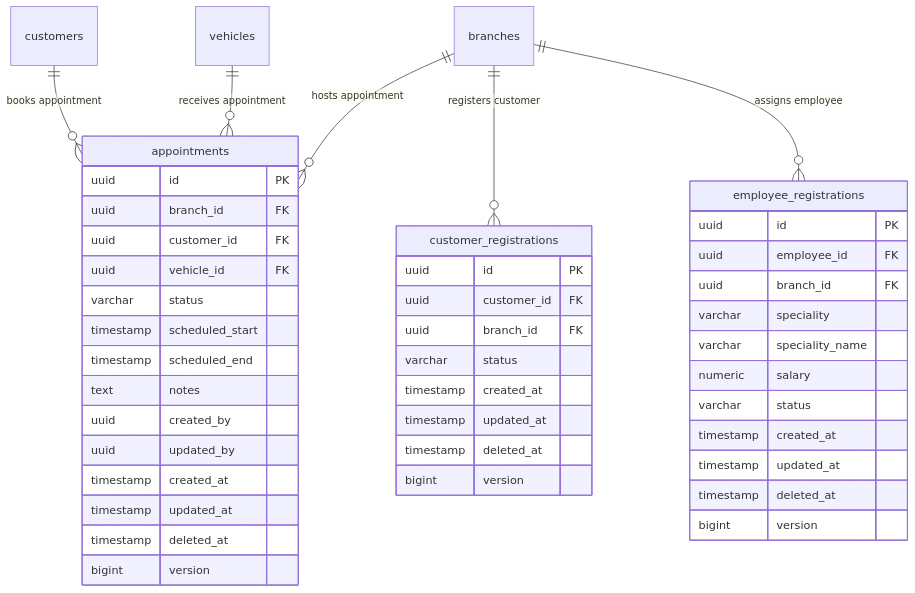
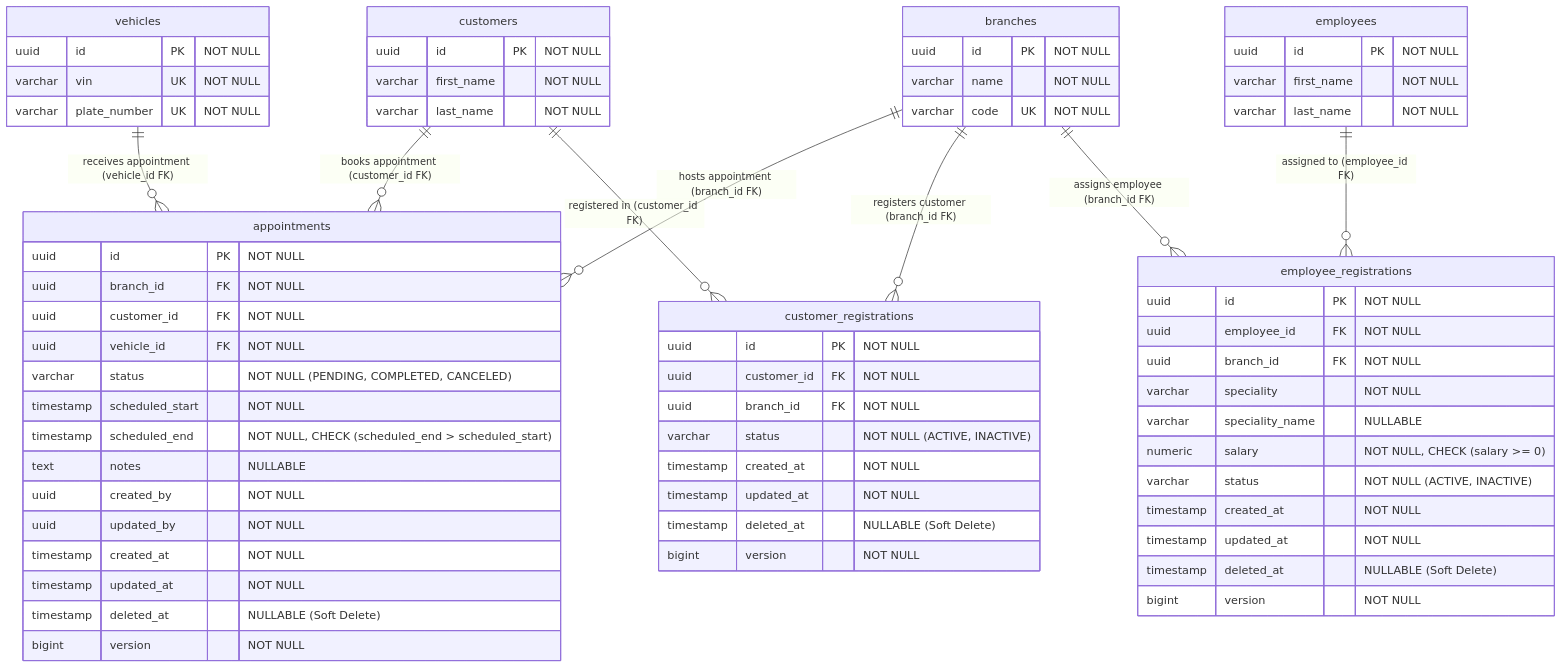
One commit to tux-logic/shiftiq-platform changed the seventh of 7 diagrams in docs/fleet-bounded-context-dictionary.md. Above: the diagram before and after it, drawn with Mermaid. The commit also changed other lines of this file and 7 other files, not shown here.

````diff
--- a/docs/fleet-bounded-context-dictionary.md
+++ b/docs/fleet-bounded-context-dictionary.md
@@ -506,50 +636,76 @@
 ```mermaid
 erDiagram
-    branches ||--o{ appointments : "hosts appointment"
-    customers ||--o{ appointments : "books appointment"
-    vehicles ||--o{ appointments : "receives appointment"
-    branches ||--o{ customer_registrations : "registers customer"
-    branches ||--o{ employee_registrations : "assigns employee"
+    branches ||--o{ appointments : "hosts appointment (branch_id FK)"
+    customers ||--o{ appointments : "books appointment (customer_id FK)"
+    vehicles ||--o{ appointments : "receives appointment (vehicle_id FK)"
+    branches ||--o{ customer_registrations : "registers customer (branch_id FK)"
+    customers ||--o{ customer_registrations : "registered in (customer_id FK)"
+    branches ||--o{ employee_registrations : "assigns employee (branch_id FK)"
+    employees ||--o{ employee_registrations : "assigned to (employee_id FK)"
+
+    branches {
+        uuid id PK "NOT NULL"
+        varchar name "NOT NULL"
+        varchar code UK "NOT NULL"
+    }
+
+    customers {
+        uuid id PK "NOT NULL"
+        varchar first_name "NOT NULL"
+        varchar last_name "NOT NULL"
+    }
+
+    vehicles {
+        uuid id PK "NOT NULL"
+        varchar vin UK "NOT NULL"
+        varchar plate_number UK "NOT NULL"
+    }
+
+    employees {
+        uuid id PK "NOT NULL"
+        varchar first_name "NOT NULL"
+        varchar last_name "NOT NULL"
+    }
 
     appointments {
-        uuid id PK
-        uuid branch_id FK
-        uuid customer_id FK
-        uuid vehicle_id FK
-        varchar status
-        timestamp scheduled_start
-        timestamp scheduled_end
-        text notes
-        uuid created_by
-        uuid updated_by
-        timestamp created_at
-        timestamp updated_at
-        timestamp deleted_at
-        bigint version
+        uuid id PK "NOT NULL"
+        uuid branch_id FK "NOT NULL"
+        uuid customer_id FK "NOT NULL"
+        uuid vehicle_id FK "NOT NULL"
+        varchar status "NOT NULL (PENDING, COMPLETED, CANCELED)"
+        timestamp scheduled_start "NOT NULL"
+        timestamp scheduled_end "NOT NULL, CHECK (scheduled_end > scheduled_start)"
+        text notes "NULLABLE"
+        uuid created_by "NOT NULL"
+        uuid updated_by "NOT NULL"
+        timestamp created_at "NOT NULL"
+        timestamp updated_at "NOT NULL"
+        timestamp deleted_at "NULLABLE (Soft Delete)"
+        bigint version "NOT NULL"
     }
 
     customer_registrations {
-        uuid id PK
-        uuid customer_id FK
-        uuid branch_id FK
-        varchar status
-        timestamp created_at
-        timestamp updated_at
-        timestamp deleted_at
-        bigint version
+        uuid id PK "NOT NULL"
+        uuid customer_id FK "NOT NULL"
+        uuid branch_id FK "NOT NULL"
+        varchar status "NOT NULL (ACTIVE, INACTIVE)"
+        timestamp created_at "NOT NULL"
+        timestamp updated_at "NOT NULL"
+        timestamp deleted_at "NULLABLE (Soft Delete)"
+        bigint version "NOT NULL"
     }
 
     employee_registrations {
-        uuid id PK
-        uuid employee_id FK
-        uuid branch_id FK
-        varchar speciality
-        varchar speciality_name
-        numeric salary
-        varchar status
-        timestamp created_at
-        timestamp updated_at
-        timestamp deleted_at
-        bigint version
+        uuid id PK "NOT NULL"
+        uuid employee_id FK "NOT NULL"
+        uuid branch_id FK "NOT NULL"
+        varchar speciality "NOT NULL"
+        varchar speciality_name "NULLABLE"
+        numeric salary "NOT NULL, CHECK (salary >= 0)"
+        varchar status "NOT NULL (ACTIVE, INACTIVE)"
+        timestamp created_at "NOT NULL"
+        timestamp updated_at "NOT NULL"
+        timestamp deleted_at "NULLABLE (Soft Delete)"
+        bigint version "NOT NULL"
     }
 ```
````
